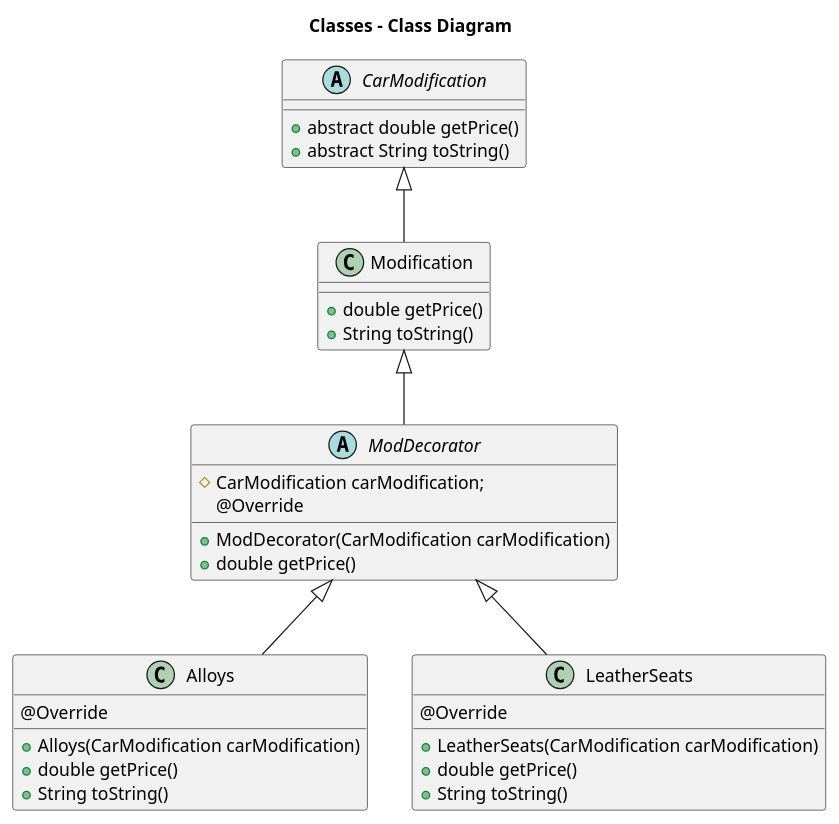
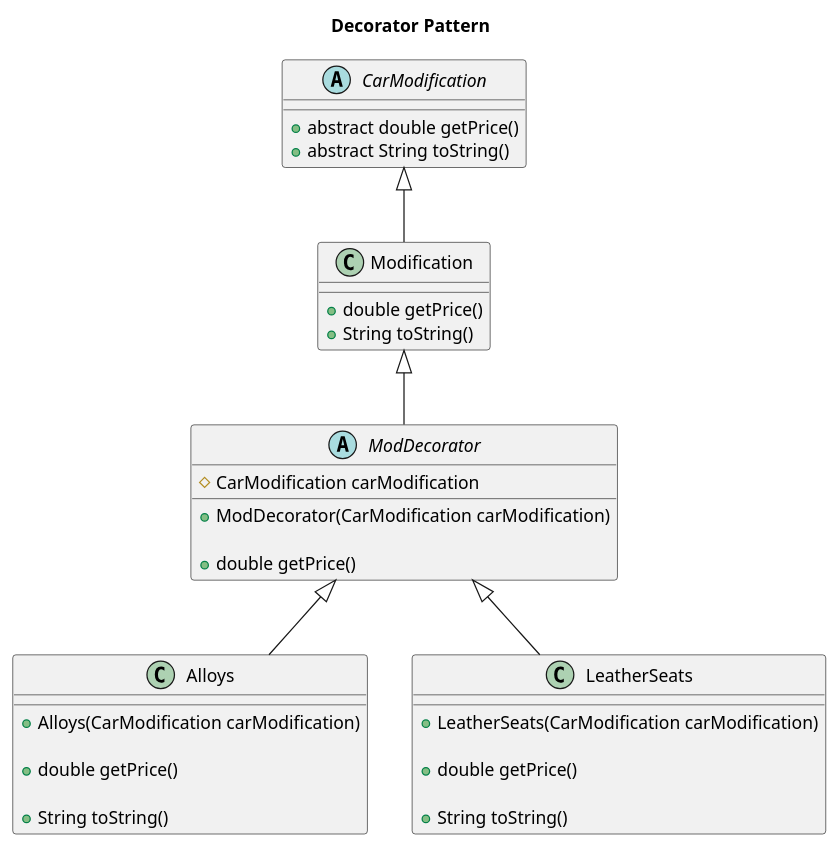
One commit to 43Carrig/Design_Patterns_Car changed the diagram in plantUML/decorator.puml. Above: the diagram before and after it, drawn with PlantUML. The commit also changed 6 other files, not shown here.

Commit message:
Updated the plantUML editing where necessary.

```diff
--- a/plantUML/decorator.puml
+++ b/plantUML/decorator.puml
@@ -1,42 +1,44 @@
 @startuml
 
-title Classes - Class Diagram
-
+title Decorator Pattern
 
 class Alloys extends ModDecorator{
 
-    +Alloys(CarModification carModification)
-    +double getPrice()
-    @Override
-    +String toString()
+    + Alloys(CarModification carModification)
+
+    + double getPrice()
+
+    + String toString()
 }
 
 abstract class CarModification {
 
-    +abstract double getPrice()
-    +abstract String toString()
+    + abstract double getPrice()
+    + abstract String toString()
 }
 
 class LeatherSeats extends ModDecorator{
 
-    +LeatherSeats(CarModification carModification)
-    @Override
-    +double getPrice()
-    +String toString()
+    + LeatherSeats(CarModification carModification)
+
+    + double getPrice()
+
+    + String toString()
 }
 
 abstract class ModDecorator extends Modification{
 
-    #CarModification carModification;
-    +ModDecorator(CarModification carModification)
-    @Override
+    # CarModification carModification
+
+    + ModDecorator(CarModification carModification)
+
     +double getPrice()
 }
 
 class Modification extends CarModification{
 
-    +double getPrice()
-    +String toString()
+    + double getPrice()
+    + String toString()
 }
 
 @enduml
```
